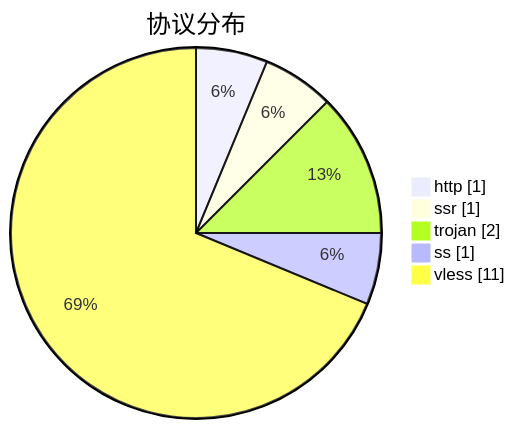
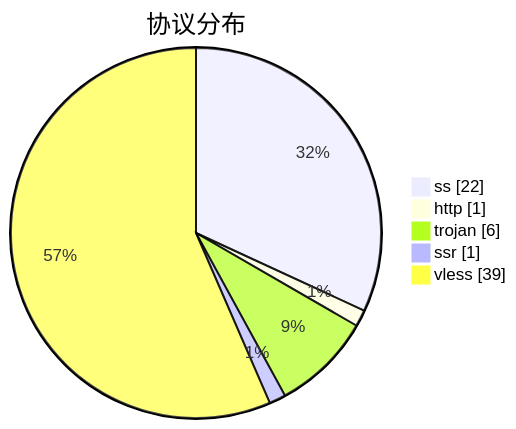
Before and after one commit to qjlxg/airport: the third of 3 diagrams in subs/statistics/tested_within.md, drawn with Mermaid. The commit also changed other lines of this file and 2 other files, not shown here.

````diff
--- a/subs/statistics/tested_within.md
+++ b/subs/statistics/tested_within.md
@@ -18,9 +26,9 @@
 ```mermaid
 pie showData
 title 协议分布
+"ss" : 22
 "http" : 1
+"trojan" : 6
 "ssr" : 1
-"trojan" : 2
-"ss" : 1
-"vless" : 11
+"vless" : 39
 ```
````
